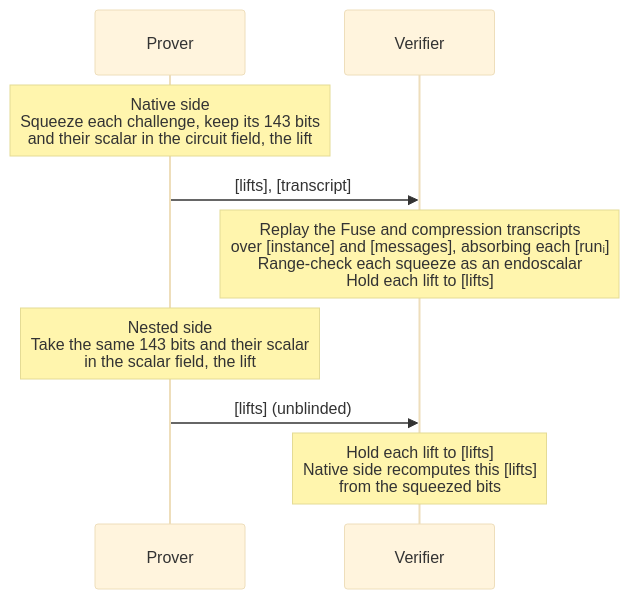
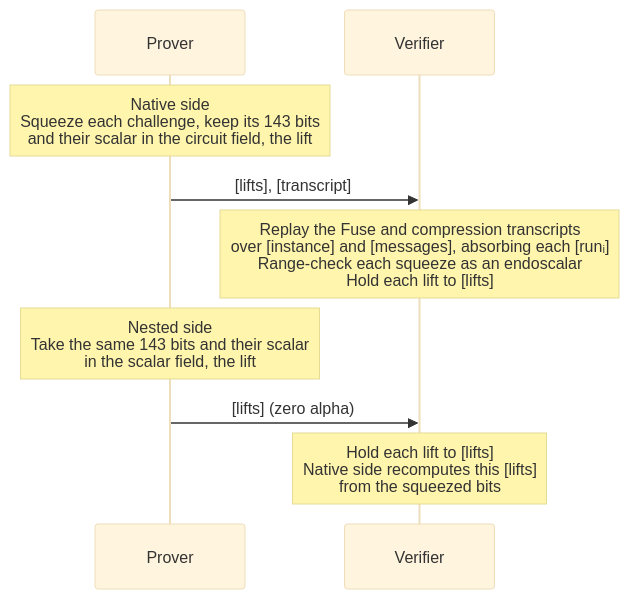
The second of 4 diagrams in book/src/protocol/recursion/decompression.md (tachyon-zcash/ragu), drawn with Mermaid (base theme) before and after one commit. The commit also changed other lines of this file and 60 other files, not shown here.

````diff
--- a/book/src/protocol/recursion/decompression.md
+++ b/book/src/protocol/recursion/decompression.md
@@ -54,11 +54,11 @@
 ```mermaid
 sequenceDiagram
     participant P as Prover
     participant V as Verifier
     Note over P: Native side<br/>Squeeze each challenge, keep its 143 bits<br/>and their scalar in the circuit field, the lift
     P->>V: [lifts], [transcript]
     Note over V: Replay the Fuse and compression transcripts<br/>over [instance] and [messages], absorbing each [runᵢ]<br/>Range-check each squeeze as an endoscalar<br/>Hold each lift to [lifts]
     Note over P: Nested side<br/>Take the same 143 bits and their scalar<br/>in the scalar field, the lift
-    P->>V: [lifts] (unblinded)
+    P->>V: [lifts] (zero alpha)
     Note over V: Hold each lift to [lifts]<br/>Native side recomputes this [lifts]<br/>from the squeezed bits
 ```
````
